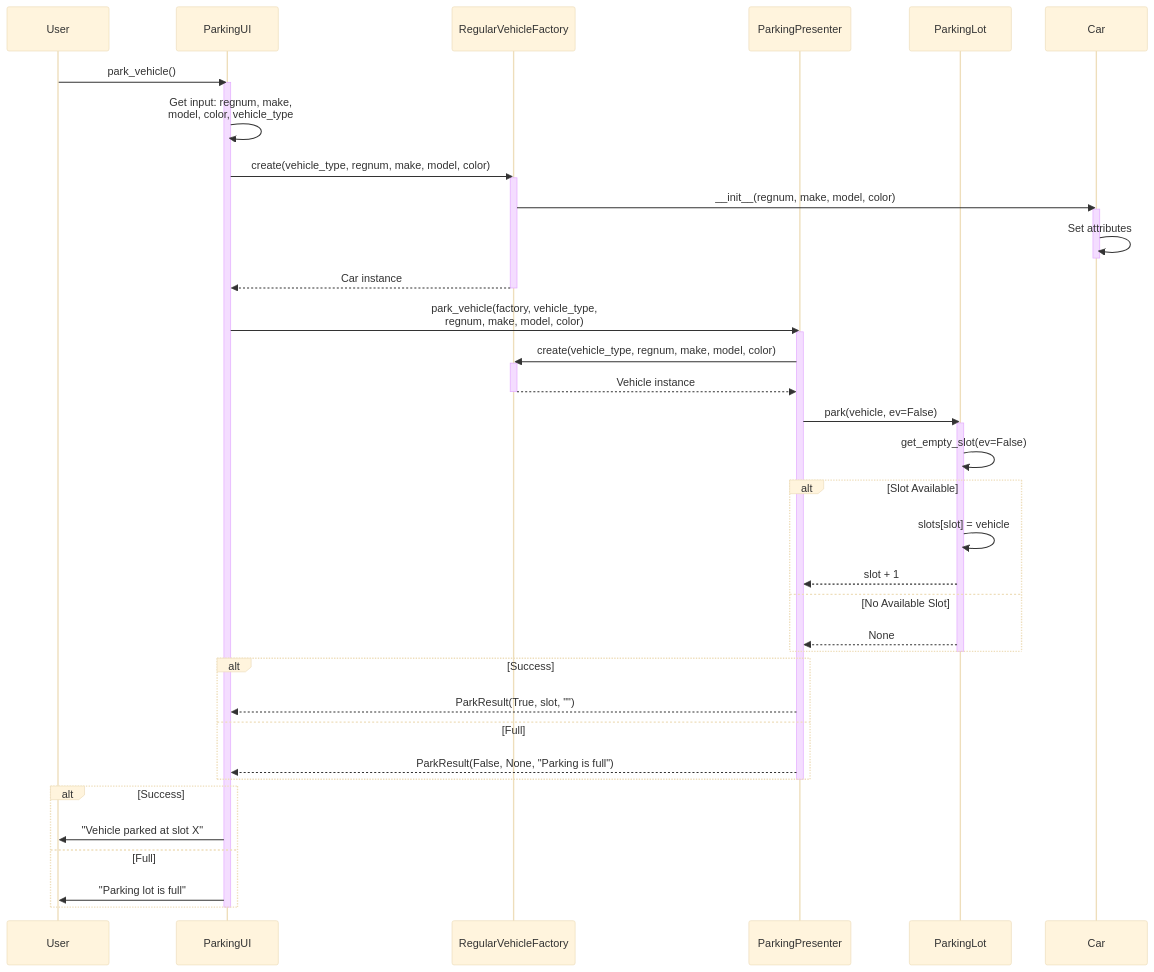
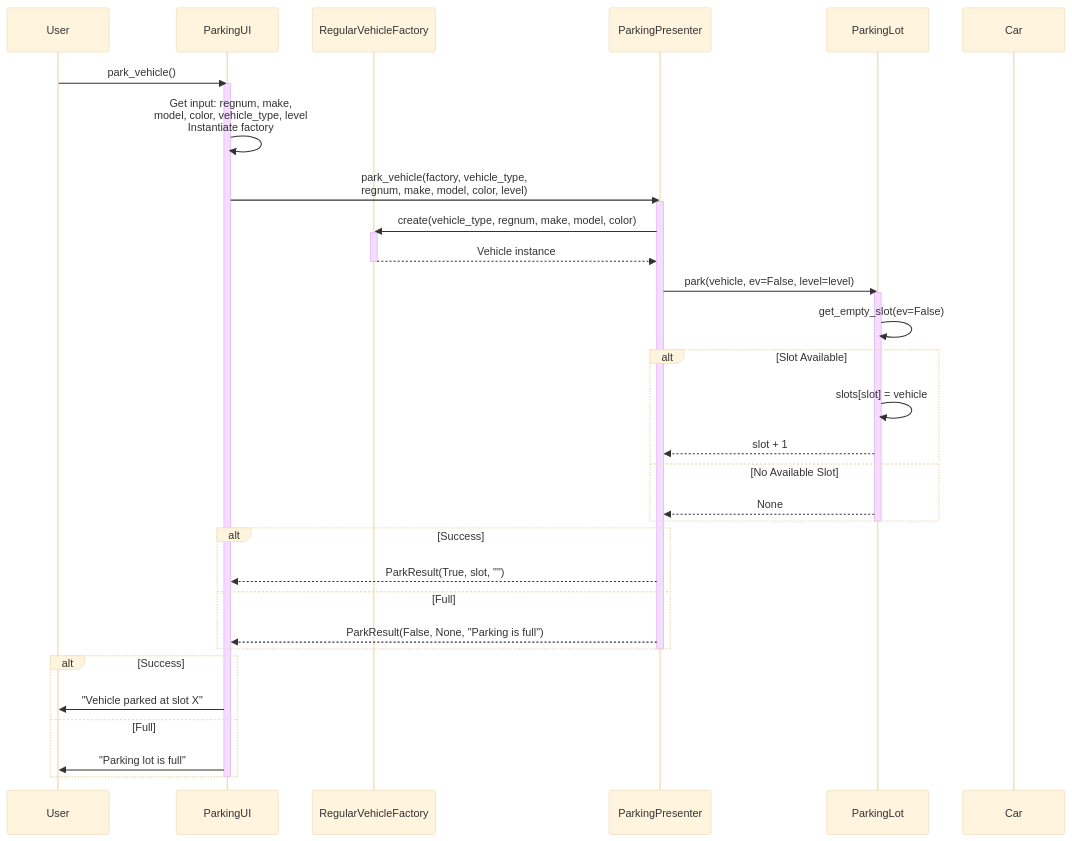
One commit to GodfreySilungwe/Software-design-and-architecture-project changed the first of 4 diagrams in UML_Behavioral_Diagram.md. Above: the diagram before and after it, drawn with Mermaid (base theme). The commit also changed other lines of this file and 12 other files, not shown here.

Commit message:
Fixed behaviour UML

````diff
--- a/UML_Behavioral_Diagram.md
+++ b/UML_Behavioral_Diagram.md
@@ -5,57 +5,48 @@
 ```mermaid
 sequenceDiagram
     participant User
     participant ParkingUI
     participant Factory as RegularVehicleFactory
     participant Presenter as ParkingPresenter
     participant ParkingLot
     participant Vehicle as Car
 
     User->>ParkingUI: park_vehicle()
     activate ParkingUI
     
-    ParkingUI->>ParkingUI: Get input: regnum, make,<br/>model, color, vehicle_type
+    ParkingUI->>ParkingUI: Get input: regnum, make,<br/>model, color, vehicle_type, level<br/>Instantiate factory
     
-    ParkingUI->>Factory: create(vehicle_type, regnum, make, model, color)
-    activate Factory
-    Factory->>Vehicle: __init__(regnum, make, model, color)
-    activate Vehicle
-    Vehicle->>Vehicle: Set attributes
-    deactivate Vehicle
-    Factory-->>ParkingUI: Car instance
-    deactivate Factory
-    
-    ParkingUI->>Presenter: park_vehicle(factory, vehicle_type,<br/>regnum, make, model, color)
+    ParkingUI->>Presenter: park_vehicle(factory, vehicle_type,<br/>regnum, make, model, color, level)
     activate Presenter
     
     Presenter->>Factory: create(vehicle_type, regnum, make, model, color)
     activate Factory
     Factory-->>Presenter: Vehicle instance
     deactivate Factory
     
-    Presenter->>ParkingLot: park(vehicle, ev=False)
+    Presenter->>ParkingLot: park(vehicle, ev=False, level=level)
     activate ParkingLot
     
     ParkingLot->>ParkingLot: get_empty_slot(ev=False)
     alt Slot Available
         ParkingLot->>ParkingLot: slots[slot] = vehicle
         ParkingLot-->>Presenter: slot + 1
     else No Available Slot
         ParkingLot-->>Presenter: None
     end
     deactivate ParkingLot
     
     alt Success
         Presenter-->>ParkingUI: ParkResult(True, slot, "")
     else Full
         Presenter-->>ParkingUI: ParkResult(False, None, "Parking is full")
     end
     deactivate Presenter
     
     alt Success
         ParkingUI->>User: "Vehicle parked at slot X"
     else Full
         ParkingUI->>User: "Parking lot is full"
     end
     deactivate ParkingUI
 ```
````
